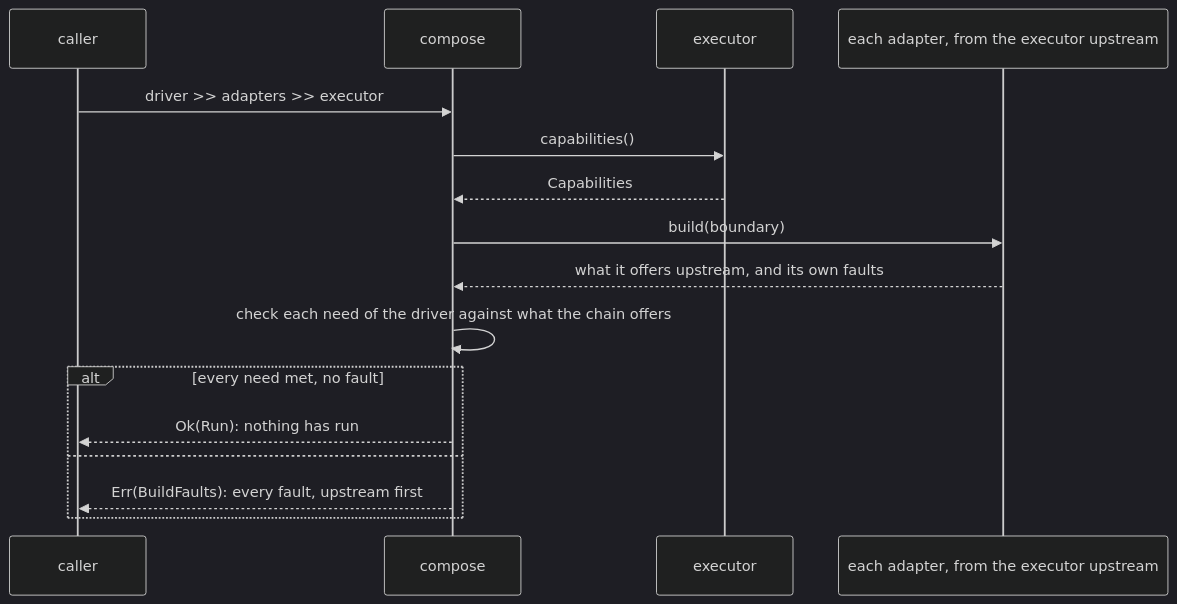
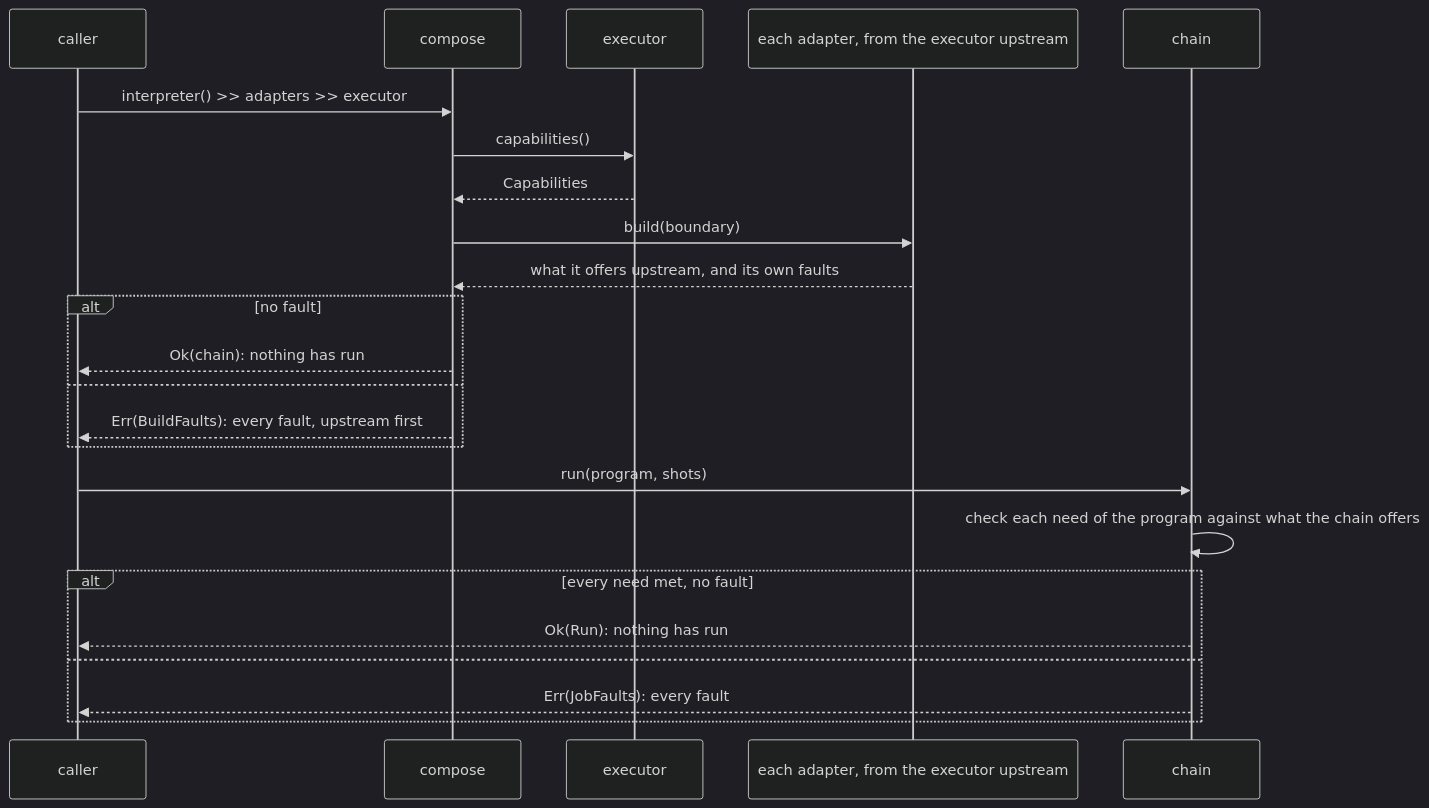
Before and after one commit to microsoft/qdk: the first of 3 diagrams in source/executor_protocol/docs/executors.md, drawn with Mermaid (dark theme). The commit also changed other lines of this file and 91 other files, not shown here.

````diff
--- a/source/executor_protocol/docs/executors.md
+++ b/source/executor_protocol/docs/executors.md
@@ -19,18 +21,25 @@
 ```mermaid
 sequenceDiagram
   participant C as caller
   participant P as compose
   participant E as executor
   participant A as each adapter, from the executor upstream
-  C->>P: driver >> adapters >> executor
+  participant H as chain
+  C->>P: interpreter() >> adapters >> executor
   P->>E: capabilities()
   E-->>P: Capabilities
   P->>A: build(boundary)
   A-->>P: what it offers upstream, and its own faults
-  P->>P: check each need of the driver against what the chain offers
-  alt every need met, no fault
-    P-->>C: Ok(Run): nothing has run
+  alt no fault
+    P-->>C: Ok(chain): nothing has run
   else
     P-->>C: Err(BuildFaults): every fault, upstream first
   end
+  C->>H: run(program, shots)
+  H->>H: check each need of the program against what the chain offers
+  alt every need met, no fault
+    H-->>C: Ok(Run): nothing has run
+  else
+    H-->>C: Err(JobFaults): every fault
+  end
 ```
````
